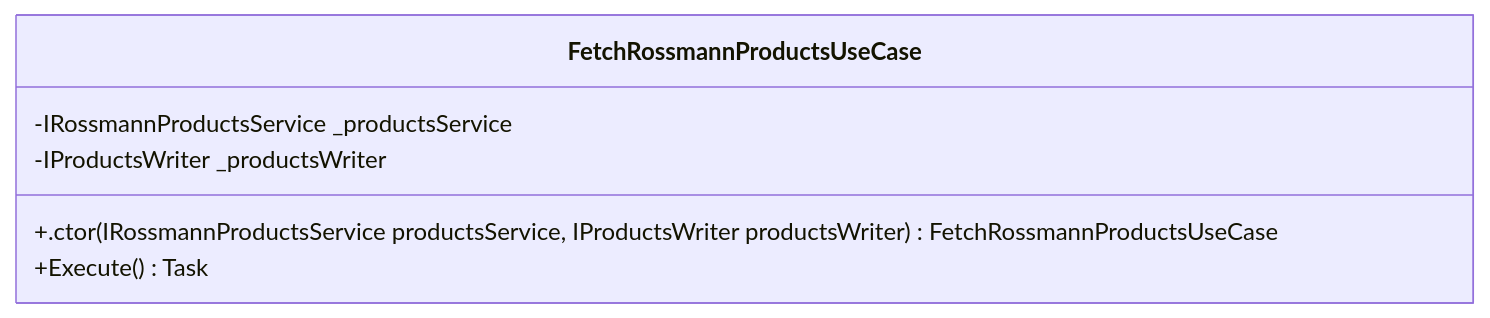
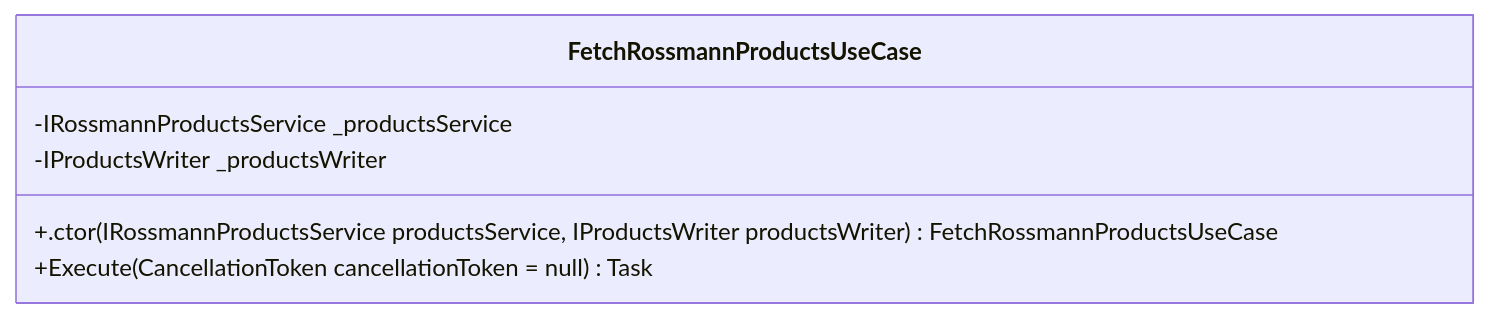
Before and after one commit to dominikus1993/argo-rossmann-product-fetcher: the sixth of 19 diagrams in CODE_METRICS.md, drawn with Mermaid. The commit also changed other lines of this file, not shown here.

````diff
--- a/CODE_METRICS.md
+++ b/CODE_METRICS.md
@@ -673,10 +931,10 @@
 ```mermaid
 classDiagram
 class FetchRossmannProductsUseCase{
     -IRossmannProductsService _productsService
     -IProductsWriter _productsWriter
     +.ctor(IRossmannProductsService productsService, IProductsWriter productsWriter) FetchRossmannProductsUseCase
-    +Execute() Task
+    +Execute(CancellationToken cancellationToken = null) Task
 }
 
 ```
````
